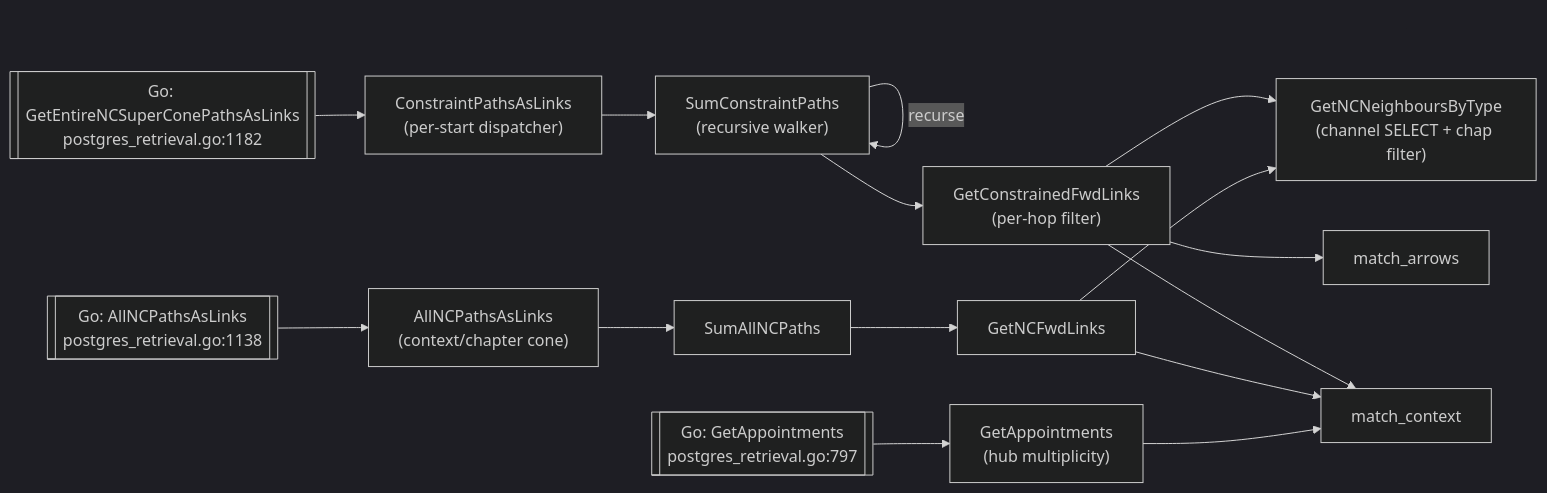
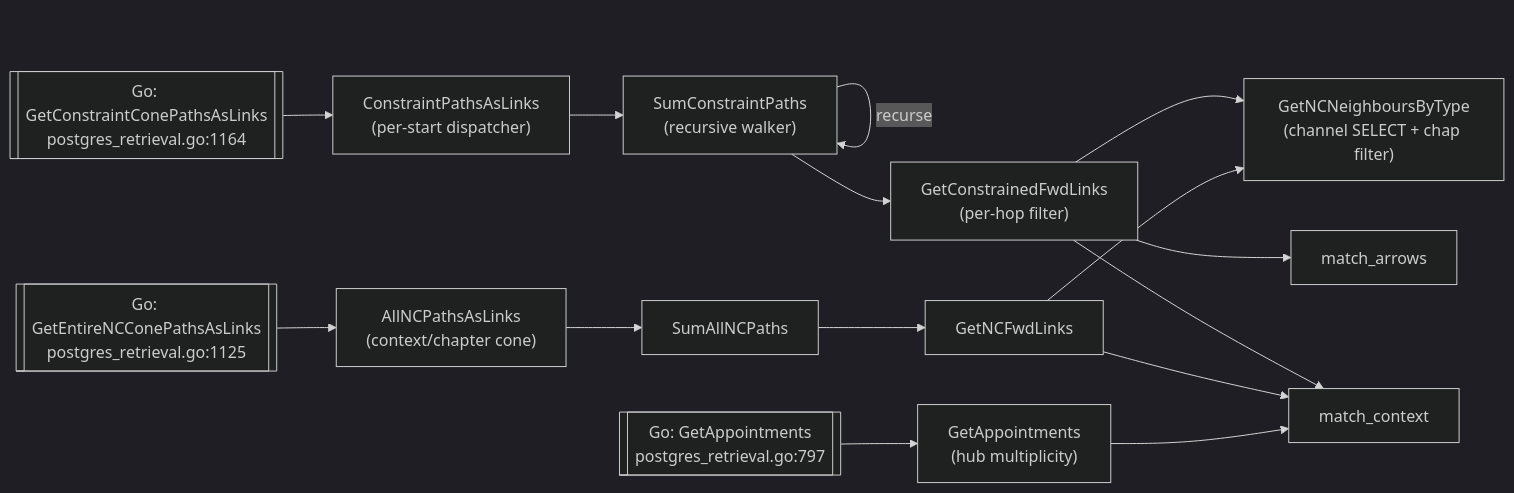
The diagram in docs/Database/Functions.md (markburgess/SSTorytime), drawn with Mermaid (dark theme) before and after one commit. The commit also changed other lines of this file, not shown here.

First line of the commit message:
docs(db): correct Go function names in Functions.md call graph

````diff
--- a/docs/Database/Functions.md
+++ b/docs/Database/Functions.md
@@ -38,26 +38,26 @@
 ```mermaid
 flowchart LR
-    Go[["Go: GetEntireNCSuperConePathsAsLinks<br/>postgres_retrieval.go:1182"]]
+    Go[["Go: GetConstraintConePathsAsLinks<br/>postgres_retrieval.go:1164"]]
     CPL["ConstraintPathsAsLinks<br/>(per-start dispatcher)"]
     SCP["SumConstraintPaths<br/>(recursive walker)"]
     GCFL["GetConstrainedFwdLinks<br/>(per-hop filter)"]
     GNCN["GetNCNeighboursByType<br/>(channel SELECT + chap filter)"]
     MC["match_context"]
     MA["match_arrows"]
 
     Go --> CPL --> SCP --> GCFL --> GNCN
     GCFL --> MC
     GCFL --> MA
     SCP -->|recurse| SCP
 
-    GoNC[["Go: AllNCPathsAsLinks<br/>postgres_retrieval.go:1138"]]
+    GoNC[["Go: GetEntireNCConePathsAsLinks<br/>postgres_retrieval.go:1125"]]
     ANCL["AllNCPathsAsLinks<br/>(context/chapter cone)"]
     SNCP["SumAllNCPaths"]
     GNFL["GetNCFwdLinks"]
     GoNC --> ANCL --> SNCP --> GNFL --> GNCN
     GNFL --> MC
 
     GoA[["Go: GetAppointments<br/>postgres_retrieval.go:797"]]
     APP["GetAppointments<br/>(hub multiplicity)"]
     GoA --> APP --> MC
 ```
````
